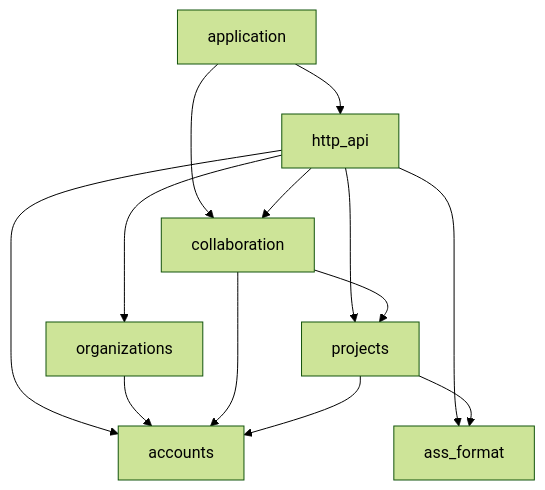
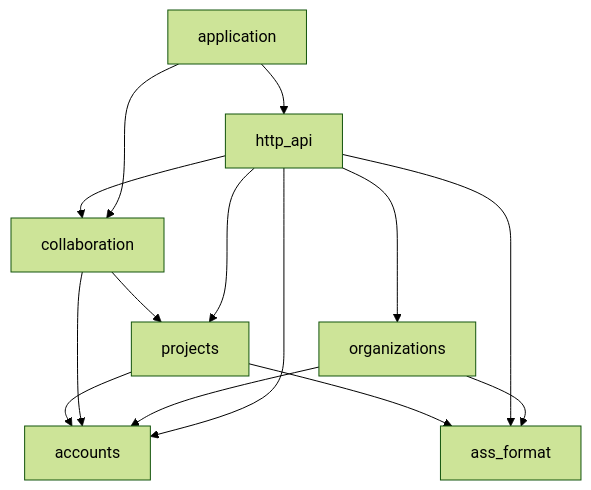
Before and after one commit to giltram/CueRelay: the second of 2 diagrams in docs/architecture.md, drawn with Mermaid (forest theme). The commit also changed other lines of this file and 96 other files, not shown here.

````diff
--- a/docs/architecture.md
+++ b/docs/architecture.md
@@ -111,15 +115,16 @@
 ```mermaid
 flowchart TD
     application --> http_api
     application --> collaboration
     http_api --> projects
     http_api --> accounts
     http_api --> organizations
     organizations --> accounts
+    organizations --> ass_format
     http_api --> ass_format
     http_api --> collaboration
     collaboration --> projects
     collaboration --> accounts
     projects --> accounts
     projects --> ass_format
 ```
````
